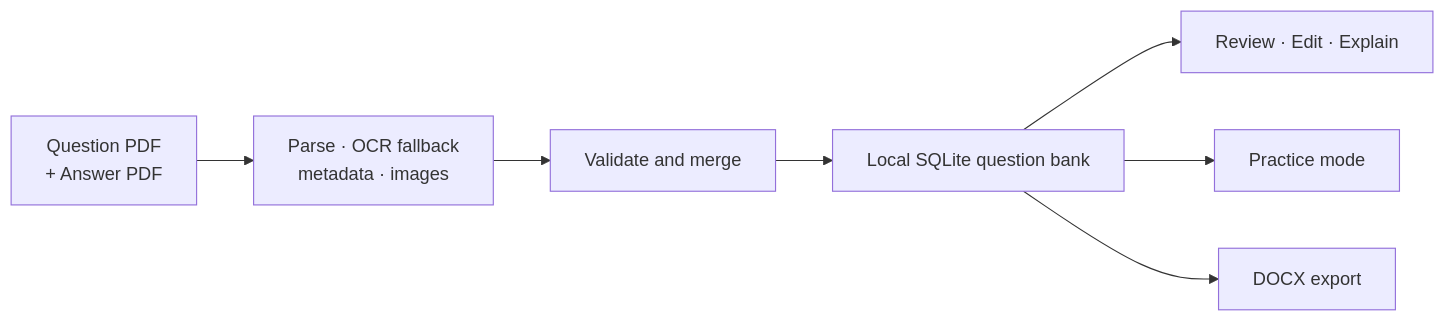
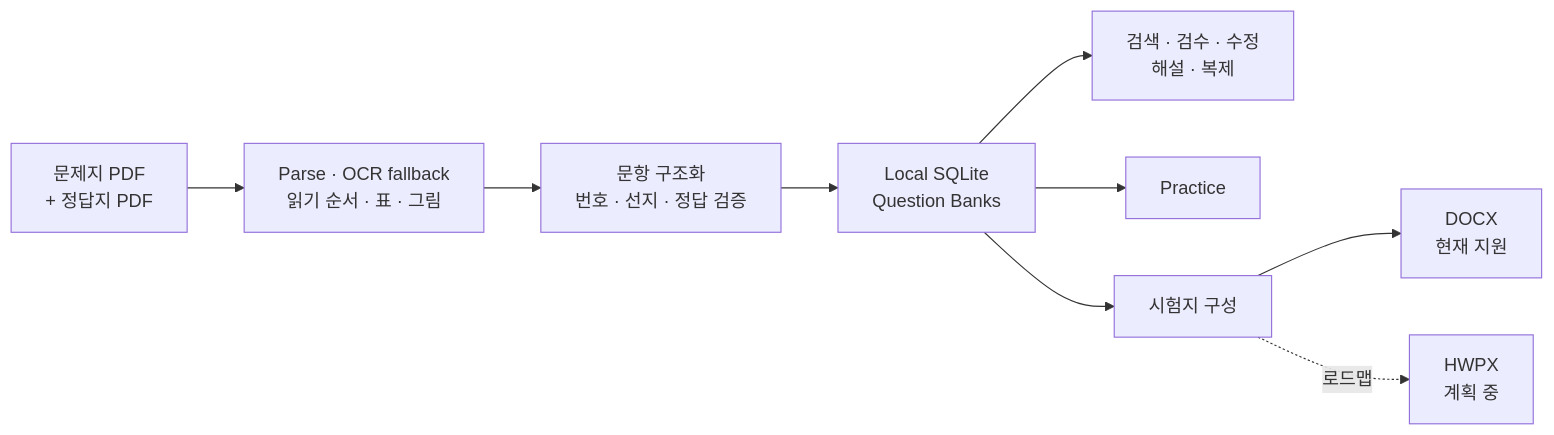
One commit to CAPTW/exam-weaver-archive changed the diagram in README.md. Above: the diagram before and after it, drawn with Mermaid. The commit also changed other lines of this file and 13 other files, not shown here.

````diff
--- a/README.md
+++ b/README.md
@@ -42,9 +29,11 @@
 ```mermaid
 flowchart LR
-    A["Question PDF<br/>+ Answer PDF"] --> B["Parse · OCR fallback<br/>metadata · images"]
-    B --> C["Validate and merge"]
-    C --> D["Local SQLite question bank"]
-    D --> E["Review · Edit · Explain"]
-    D --> F["Practice mode"]
-    D --> G["DOCX export"]
+    A["문제지 PDF<br/>+ 정답지 PDF"] --> B["Parse · OCR fallback<br/>읽기 순서 · 표 · 그림"]
+    B --> C["문항 구조화<br/>번호 · 선지 · 정답 검증"]
+    C --> D["Local SQLite<br/>Question Banks"]
+    D --> E["검색 · 검수 · 수정<br/>해설 · 복제"]
+    D --> F["Practice"]
+    D --> G["시험지 구성"]
+    G --> H["DOCX<br/>현재 지원"]
+    G -. "로드맵" .-> I["HWPX<br/>계획 중"]
 ```
````
